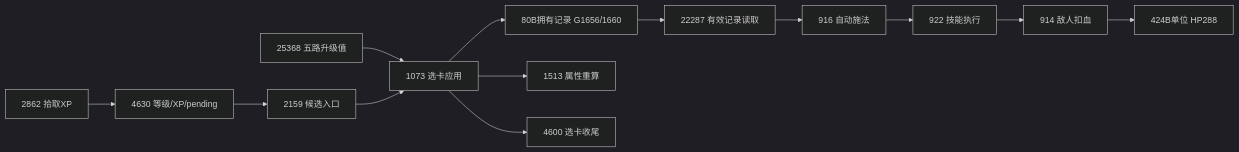
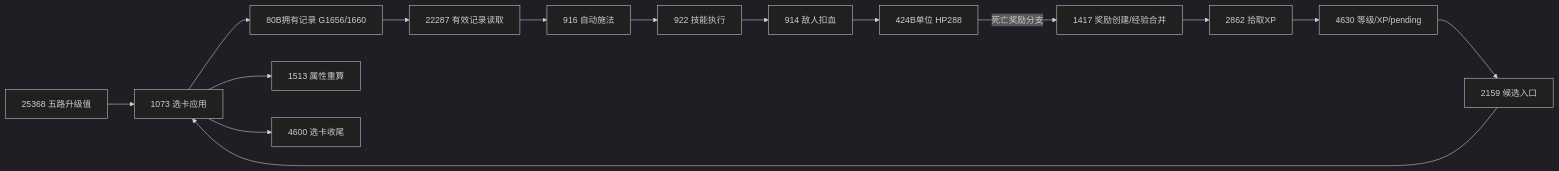
The first of 3 diagrams in reverse-engineering/CORE_MAP.md (al90slj23/azeroth-ports), drawn with Mermaid (dark theme) before and after one commit. The commit also changed other lines of this file and 17 other files, not shown here.

````diff
--- a/reverse-engineering/CORE_MAP.md
+++ b/reverse-engineering/CORE_MAP.md
@@ -7,15 +7,17 @@
 ```mermaid
 flowchart LR
     Select[1073 选卡应用] --> Owned[80B拥有记录 G1656/1660]
     Upgrade[25368 五路升级值] --> Select
     Owned --> Resolve[22287 有效记录读取]
     Resolve --> Tick[916 自动施法]
     Tick --> Cast[922 技能执行]
     Cast --> Damage[914 敌人扣血]
     Damage --> HP[424B单位 HP288]
+    HP -->|死亡奖励分支| SpawnXP[1417 奖励创建/经验合并]
+    SpawnXP --> Pickup
     Pickup[2862 拾取XP] --> XP[4630 等级/XP/pending]
     XP --> Choices[2159 候选入口]
     Choices --> Select
     Select --> Stats[1513 属性重算]
     Select --> Finish[4600 选卡收尾]
 ```
````
